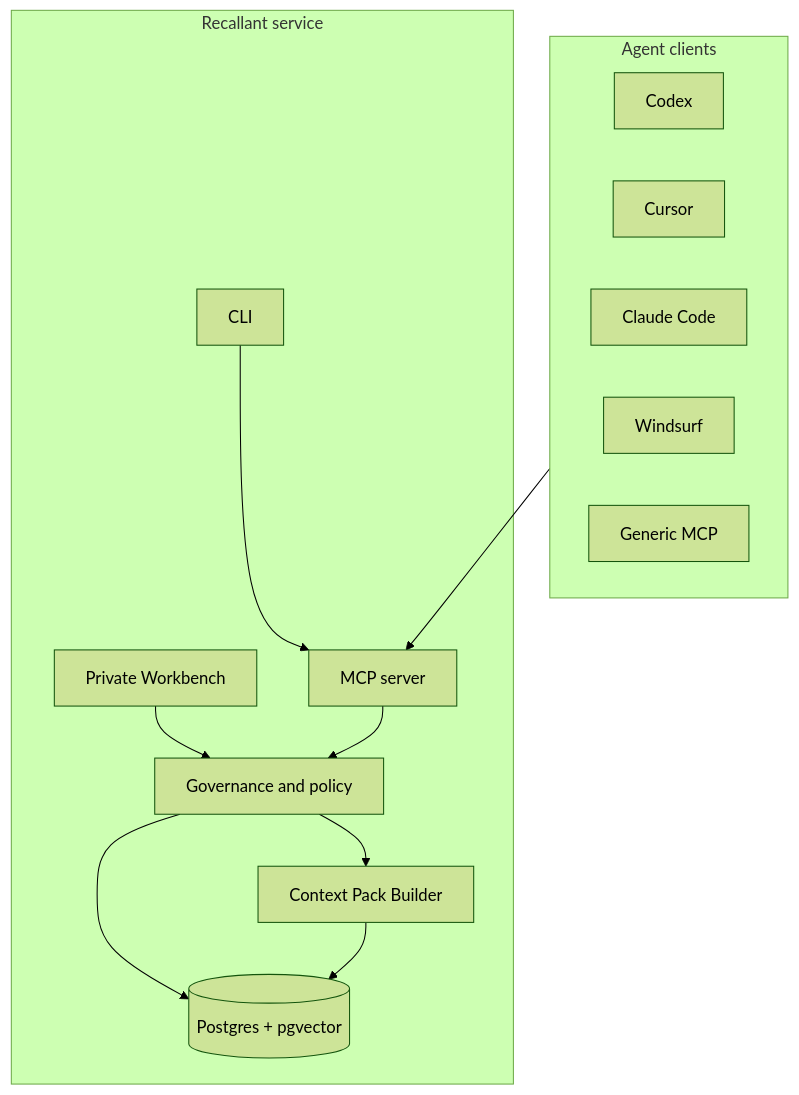
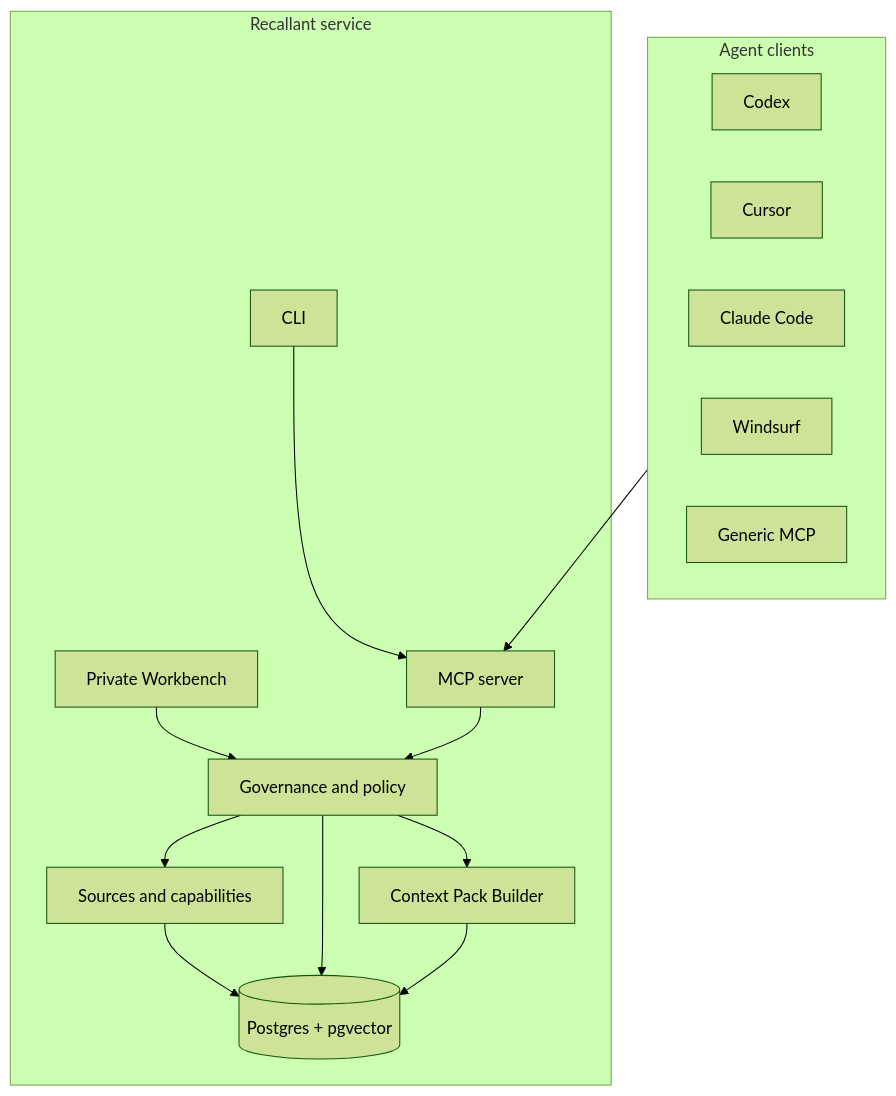
Before and after one commit to Mushkrot/Recallant: the diagram in docs/ARCHITECTURE.md, drawn with Mermaid (forest theme). The commit also changed other lines of this file and 12 other files, not shown here.

````diff
--- a/docs/ARCHITECTURE.md
+++ b/docs/ARCHITECTURE.md
@@ -9,27 +9,30 @@
 ```mermaid
 flowchart TB
   subgraph Clients["Agent clients"]
     Codex
     Cursor
     Claude["Claude Code"]
     Windsurf
     Generic["Generic MCP"]
   end
 
   subgraph Recallant["Recallant service"]
     CLI["CLI"]
     MCP["MCP server"]
     Workbench["Private Workbench"]
     Policy["Governance and policy"]
     Context["Context Pack Builder"]
+    Sources["Sources and capabilities"]
     Store[(Postgres + pgvector)]
   end
 
   Clients --> MCP
   CLI --> MCP
   Workbench --> Policy
   MCP --> Policy
   Policy --> Context
+  Policy --> Sources
+  Sources --> Store
   Policy --> Store
   Context --> Store
 ```
````
